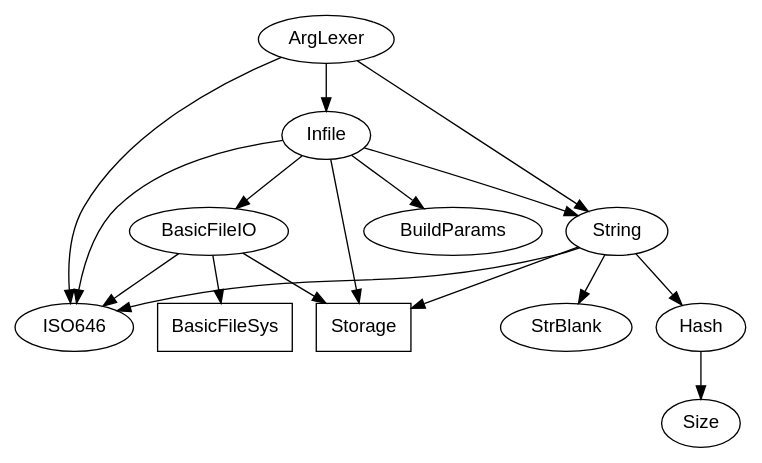
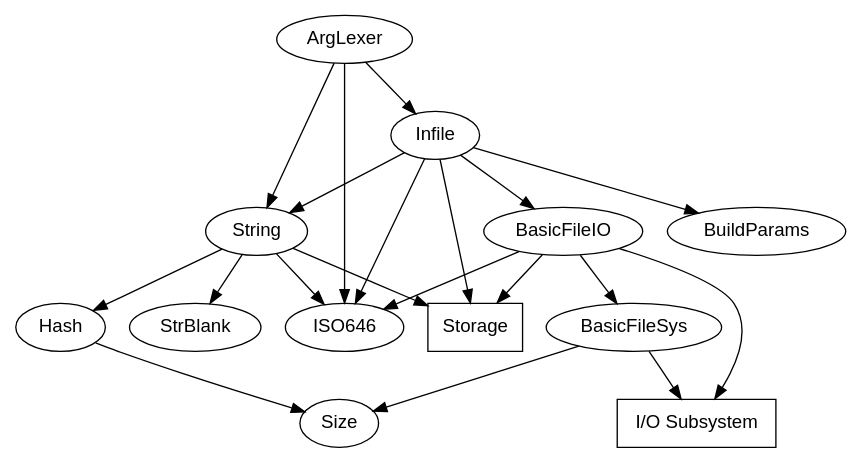
Before and after one commit to m2sf/M2PP-Module-Dependency-Graphs: the diagram in ArgLexer.dep.dot, drawn with Graphviz. The commit also changed 8 other files, not shown here.

```diff
--- a/ArgLexer.dep.dot
+++ b/ArgLexer.dep.dot
@@ -1,36 +1,40 @@
 digraph ArgLexerImports {
   node [fontname=helvetica];
   
   ArgLexer -> {
     Infile ISO646 String
   };
   
   Infile -> {
     BasicFileIO BuildParams ISO646 Storage String
   };
   
   BasicFileIO -> {
-    BasicFileSys ISO646 Storage
+    BasicFileSys IOSubsystem ISO646 Storage
   };
   
-  BasicFileSys [shape=box];
-    
+  BasicFileSys -> {
+    Size IOSubsystem
+  };
+  
+  Size; /* no dependencies */
+  
+  IOSubsystem [label="I/O Subsystem";shape=box];
+  
   ISO646; /* no dependencies */
   
   Storage [shape=box]; /* stdlib */
   
   BuildParams; /* no dependencies */
     
   String -> {
     Hash ISO646 Storage StrBlank
   };
   
   Hash -> {
     Size
   };
-  
-  Size; /* no dependencies */
-  
+    
   StrBlank; /* no dependencies */  
   
 } /* ArgLexerImports */
```
